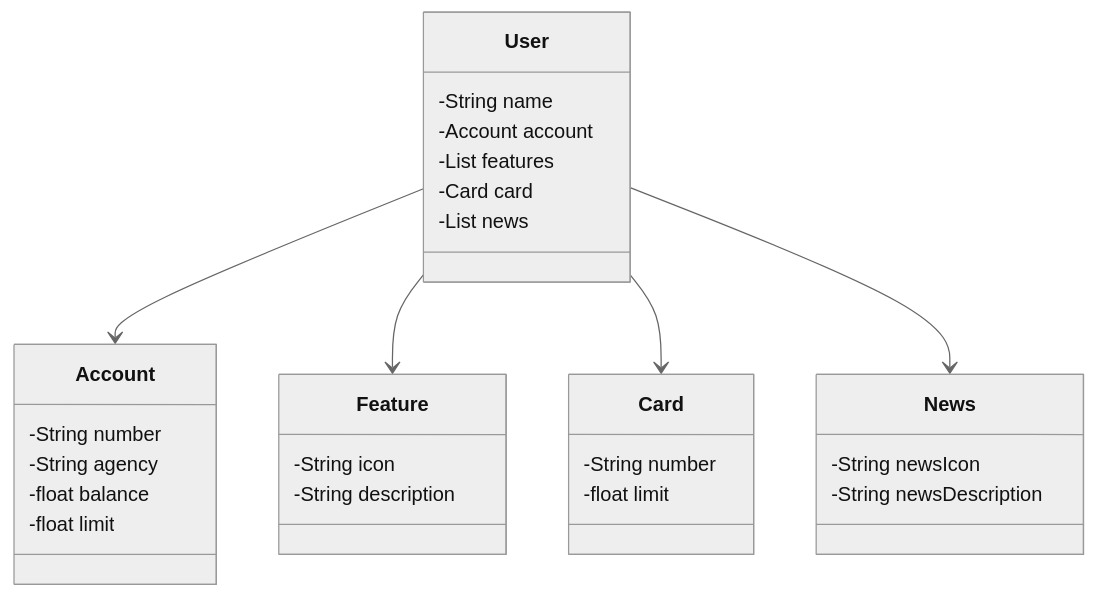
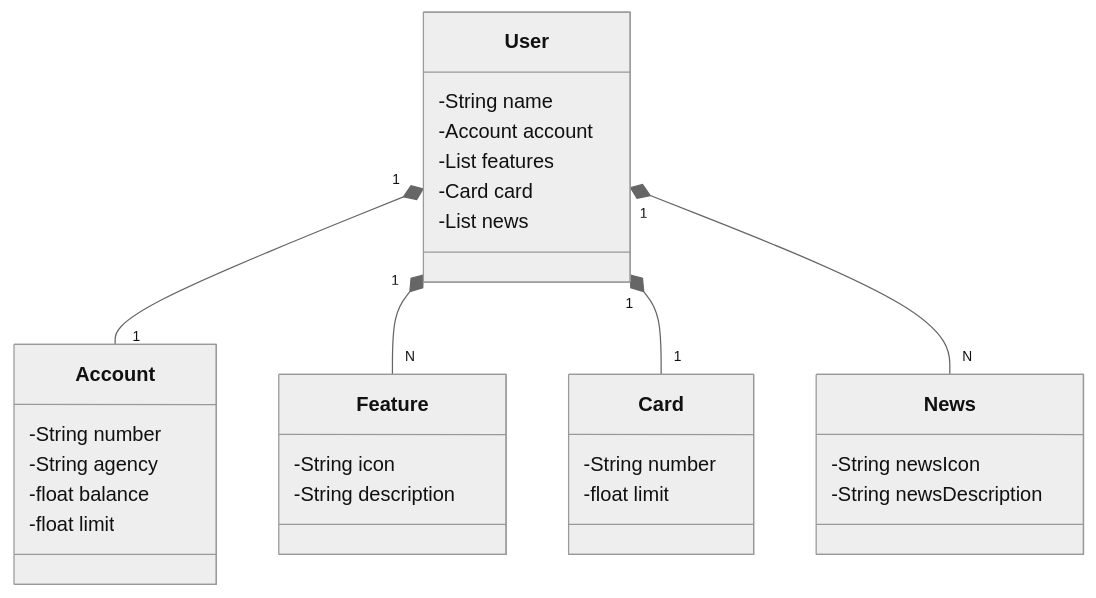
Before and after one commit to Cardosu007/santander-dev-week-2024: the diagram in README.md, drawn with Mermaid (neutral theme).

````diff
--- a/README.md
+++ b/README.md
@@ -6,39 +6,39 @@
  ```mermaid
 
 classDiagram
     class User {
         -String name
         -Account account
         -List<Feature> features
         -Card card
         -List<News> news
     }
 
     class Account {
         -String number
         -String agency
         -float balance
         -float limit
     }
 
     class Feature {
         -String icon
         -String description
     }
 
     class Card {
         -String number
         -float limit
     }
 
     class News {
         -String newsIcon
         -String newsDescription
     }
 
-    User --> Account
-    User --> Feature
-    User --> Card
-    User --> News
+    User "1" *-- "1" Account
+    User "1" *-- "N" Feature
+    User "1" *-- "1" Card
+    User "1" *-- "N" News
 
 ```
````
